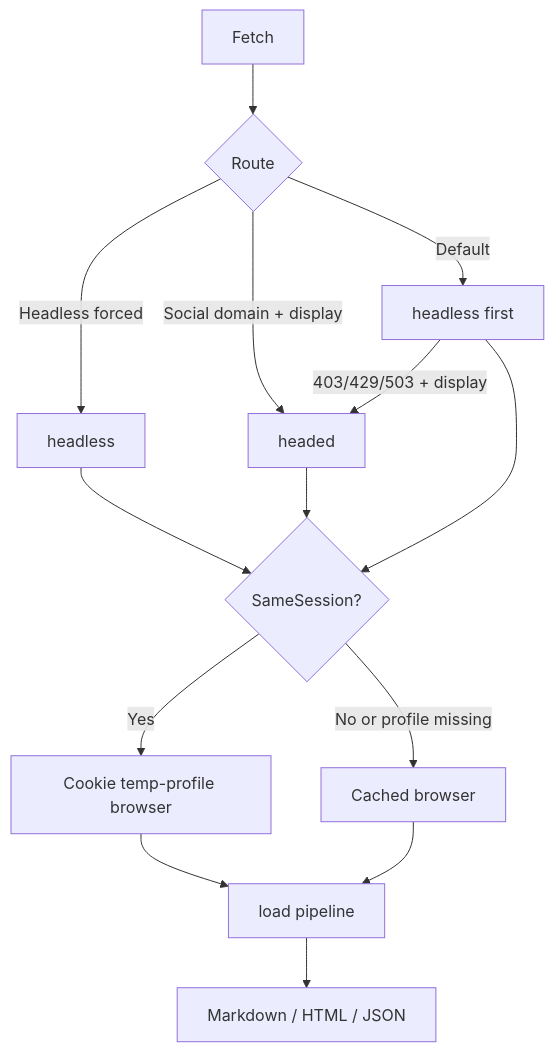
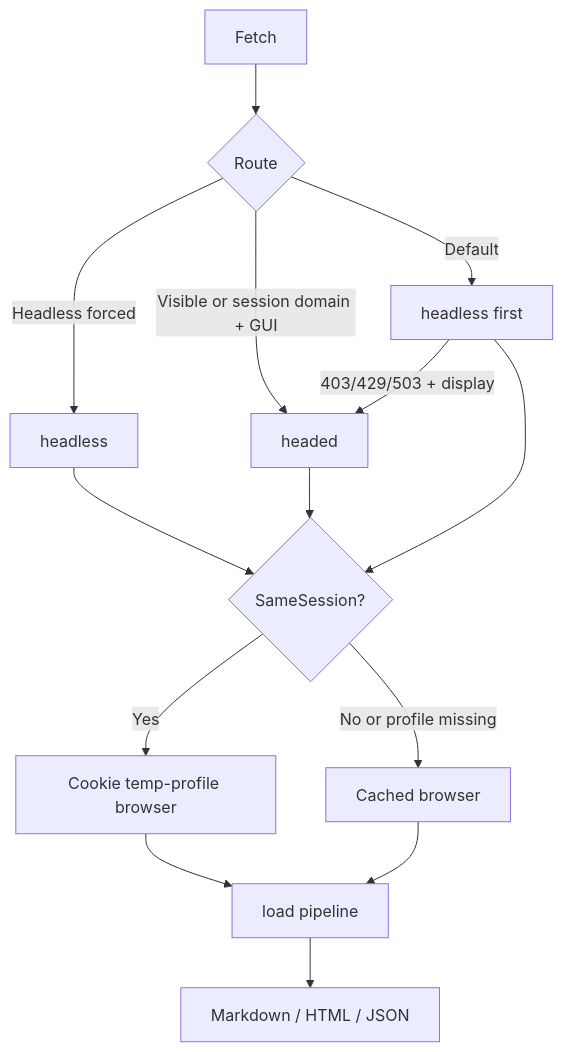
The first of 8 diagrams in doc/architecture.md (pardnchiu/go-browser), drawn with Mermaid before and after one commit. The commit also changed other lines of this file and 65 other files, not shown here.

````diff
--- a/doc/architecture.md
+++ b/doc/architecture.md
@@ -9,16 +9,16 @@
 ```mermaid
 graph TB
     A[Fetch] --> B{Route}
     B -->|Headless forced| C[headless]
-    B -->|Social domain + display| D[headed]
+    B -->|Visible or session domain + GUI| D[headed]
     B -->|Default| E[headless first]
     E -->|403/429/503 + display| D
     C --> F{SameSession?}
     D --> F
     E --> F
     F -->|Yes| G[Cookie temp-profile browser]
     F -->|No or profile missing| H[Cached browser]
     G --> I[load pipeline]
     H --> I
     I --> J[Markdown / HTML / JSON]
 ```
````
